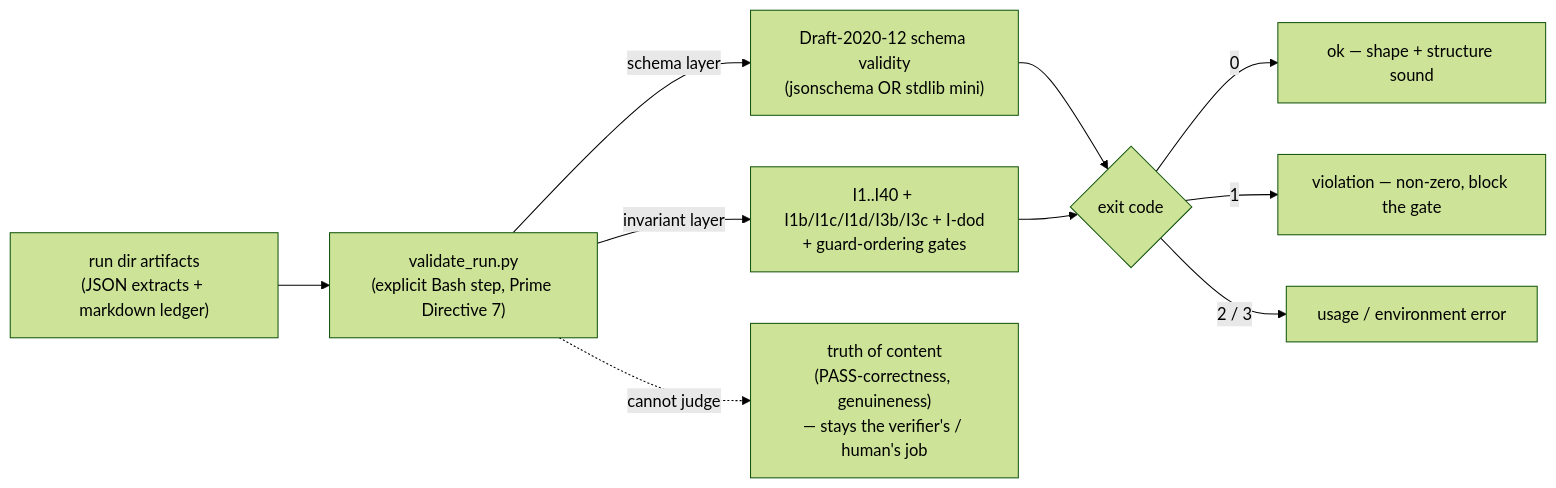
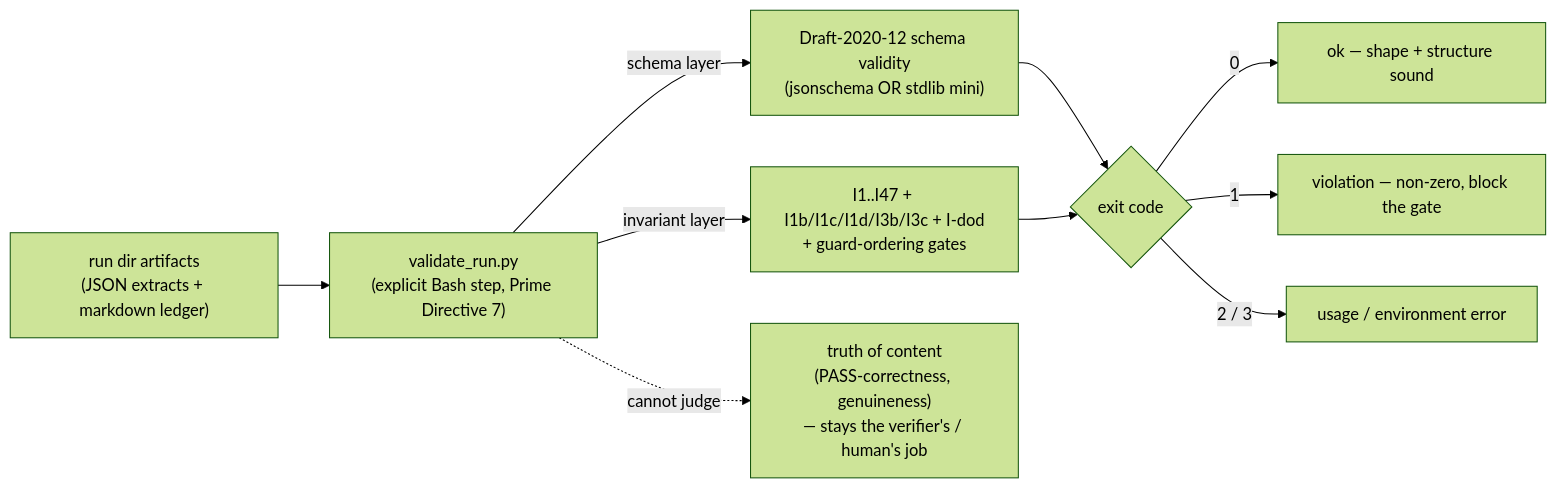
Before and after one commit to wtp128pro/dag: the diagram in wiki/14-validator-and-invariants.md, drawn with Mermaid (forest theme). The commit also changed other lines of this file and 8 other files, not shown here.

````diff
--- a/wiki/14-validator-and-invariants.md
+++ b/wiki/14-validator-and-invariants.md
@@ -60,12 +60,12 @@
 ```mermaid
 flowchart LR
   ART["run dir artifacts<br/>(JSON extracts + markdown ledger)"] --> V["validate_run.py<br/>(explicit Bash step, Prime Directive 7)"]
   V -->|"schema layer"| S["Draft-2020-12 schema validity<br/>(jsonschema OR stdlib mini)"]
-  V -->|"invariant layer"| I["I1..I40 + I1b/I1c/I1d/I3b/I3c + I-dod<br/>+ guard-ordering gates"]
+  V -->|"invariant layer"| I["I1..I47 + I1b/I1c/I1d/I3b/I3c + I-dod<br/>+ guard-ordering gates"]
   S --> EX{"exit code"}
   I --> EX
   EX -->|0| OK["ok — shape + structure sound"]
   EX -->|"1"| BAD["violation — non-zero, block the gate"]
   EX -->|"2 / 3"| ENV["usage / environment error"]
   V -. "cannot judge" .-> TRUTH["truth of content<br/>(PASS-correctness, genuineness)<br/>— stays the verifier's / human's job"]
 ```
````
